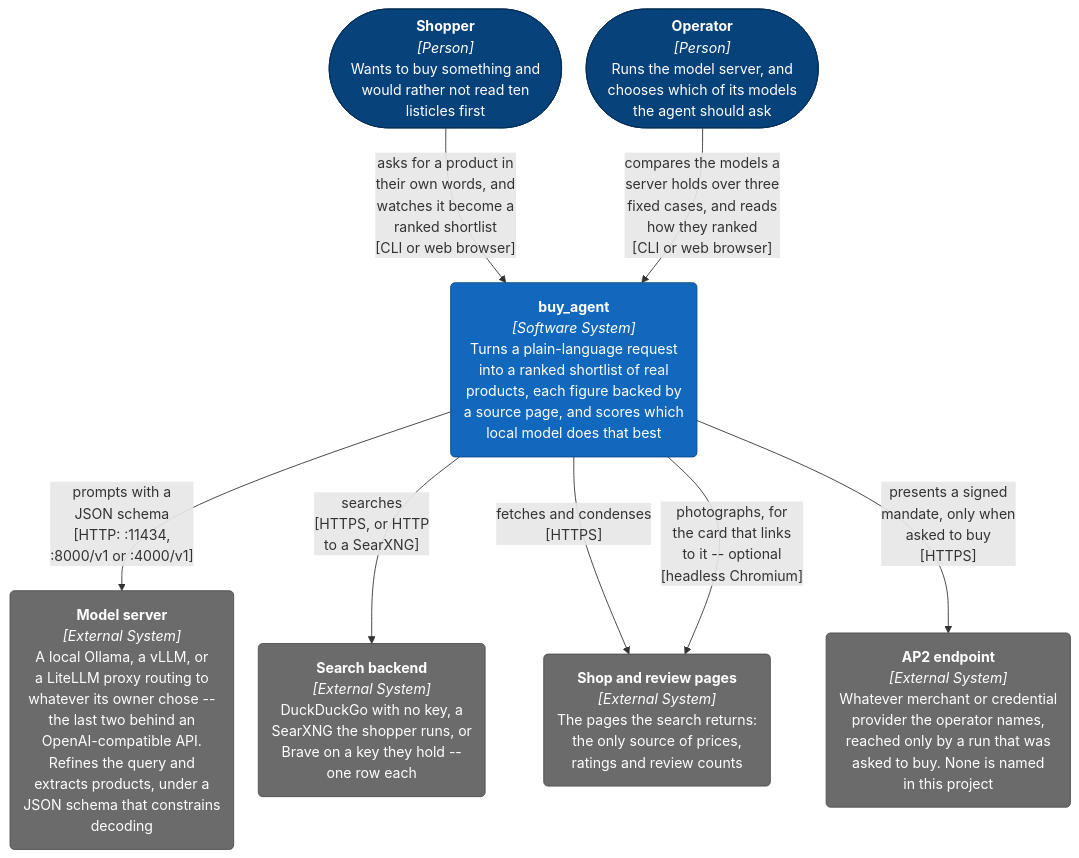
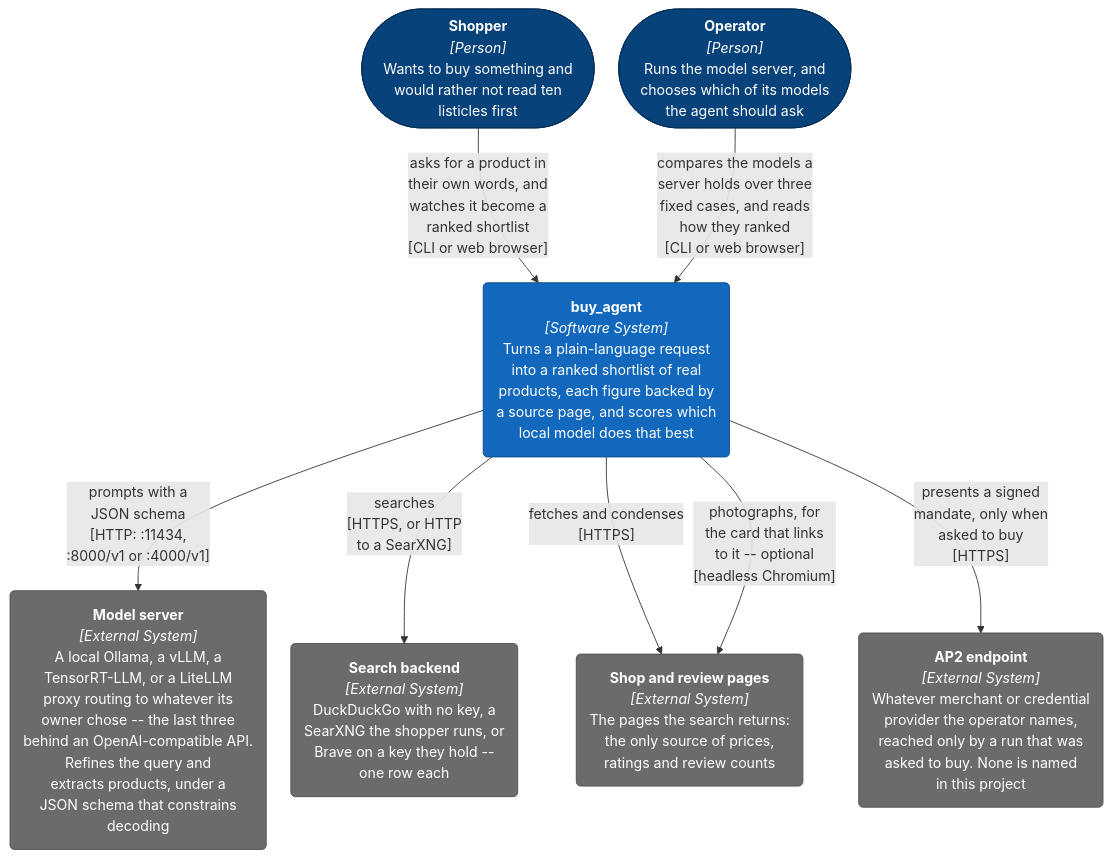
Before and after one commit to adamw7/buy_agent: the second of 11 diagrams in docs/architecture.md, drawn with Mermaid. The commit also changed other lines of this file and 2 other files, not shown here.

First line of the commit message:
Docs: say the benchmark and test commands once, name TensorRT-LLM in C4 (#310)

````diff
--- a/docs/architecture.md
+++ b/docs/architecture.md
@@ -39,34 +39,34 @@
 ```mermaid
 ---
 config:
   flowchart:
     wrappingWidth: 400
     nodeSpacing: 28
     rankSpacing: 56
 ---
 graph TB
     shopper(["<b>Shopper</b><br/><i>[Person]</i><br/>Wants to buy something and<br/>would rather not read ten<br/>listicles first"])
     operator(["<b>Operator</b><br/><i>[Person]</i><br/>Runs the model server, and<br/>chooses which of its models<br/>the agent should ask"])
 
     system("<b>buy_agent</b><br/><i>[Software System]</i><br/>Turns a plain-language request<br/>into a ranked shortlist of real<br/>products, each figure backed by<br/>a source page, and scores which<br/>local model does that best")
 
-    ollama("<b>Model server</b><br/><i>[External System]</i><br/>A local Ollama, a vLLM, or<br/>a LiteLLM proxy routing to<br/>whatever its owner chose --<br/>the last two behind an<br/>OpenAI-compatible API.<br/>Refines the query and<br/>extracts products, under a<br/>JSON schema that constrains<br/>decoding")
+    ollama("<b>Model server</b><br/><i>[External System]</i><br/>A local Ollama, a vLLM, a<br/>TensorRT-LLM, or a LiteLLM<br/>proxy routing to whatever its<br/>owner chose -- the last three<br/>behind an OpenAI-compatible API.<br/>Refines the query and<br/>extracts products, under a<br/>JSON schema that constrains<br/>decoding")
     ddg("<b>Search backend</b><br/><i>[External System]</i><br/>DuckDuckGo with no key, a<br/>SearXNG the shopper runs, or<br/>Brave on a key they hold --<br/>one row each")
     shops("<b>Shop and review pages</b><br/><i>[External System]</i><br/>The pages the search returns:<br/>the only source of prices,<br/>ratings and review counts")
     counterparty("<b>AP2 endpoint</b><br/><i>[External System]</i><br/>Whatever merchant or credential<br/>provider the operator names,<br/>reached only by a run that was<br/>asked to buy. None is named<br/>in this project")
 
     shopper -->|"asks for a product in<br/>their own words, and<br/>watches it become a<br/>ranked shortlist<br/>[CLI or web browser]"| system
     operator -->|"compares the models a<br/>server holds over three<br/>fixed cases, and reads<br/>how they ranked<br/>[CLI or web browser]"| system
     system -->|"prompts with a<br/>JSON schema<br/>[HTTP: :11434,<br/>:8000/v1 or :4000/v1]"| ollama
     system -->|"searches<br/>[HTTPS, or HTTP<br/>to a SearXNG]"| ddg
     system -->|"fetches and condenses<br/>[HTTPS]"| shops
     system -->|"photographs, for<br/>the card that links<br/>to it -- optional<br/>[headless Chromium]"| shops
     system -->|"presents a signed<br/>mandate, only when<br/>asked to buy<br/>[HTTPS]"| counterparty
 
     classDef person fill:#08427b,stroke:#052e56,color:#fff
     classDef internal fill:#1168bd,stroke:#0b4884,color:#fff
     classDef external fill:#6b6b6b,stroke:#4d4d4d,color:#fff
     class shopper,operator person
     class system internal
     class ollama,ddg,shops,counterparty external
 ```
````
